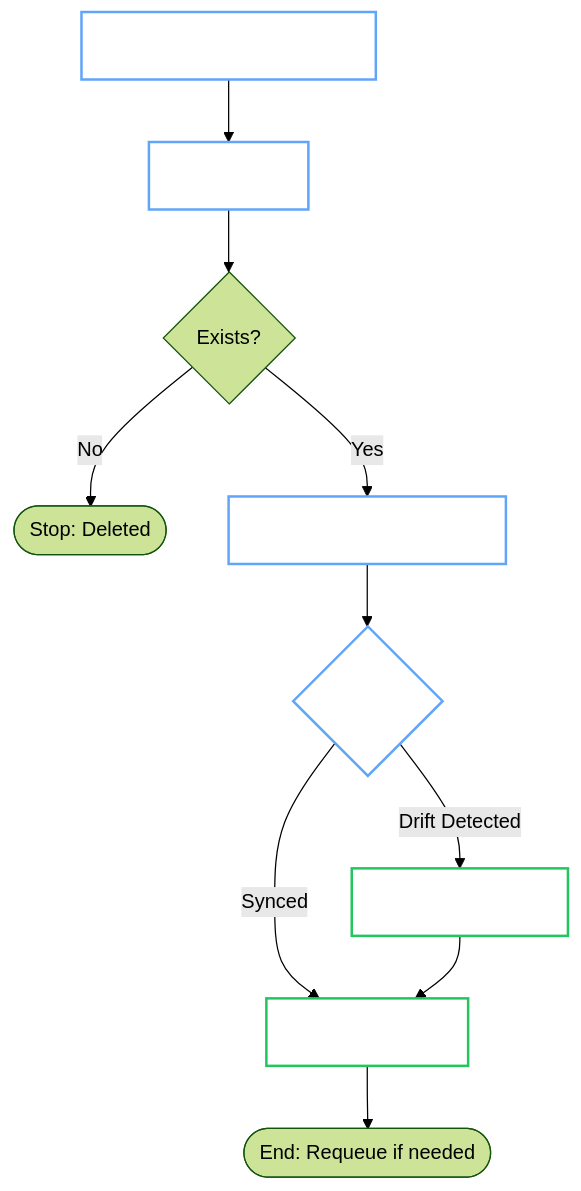
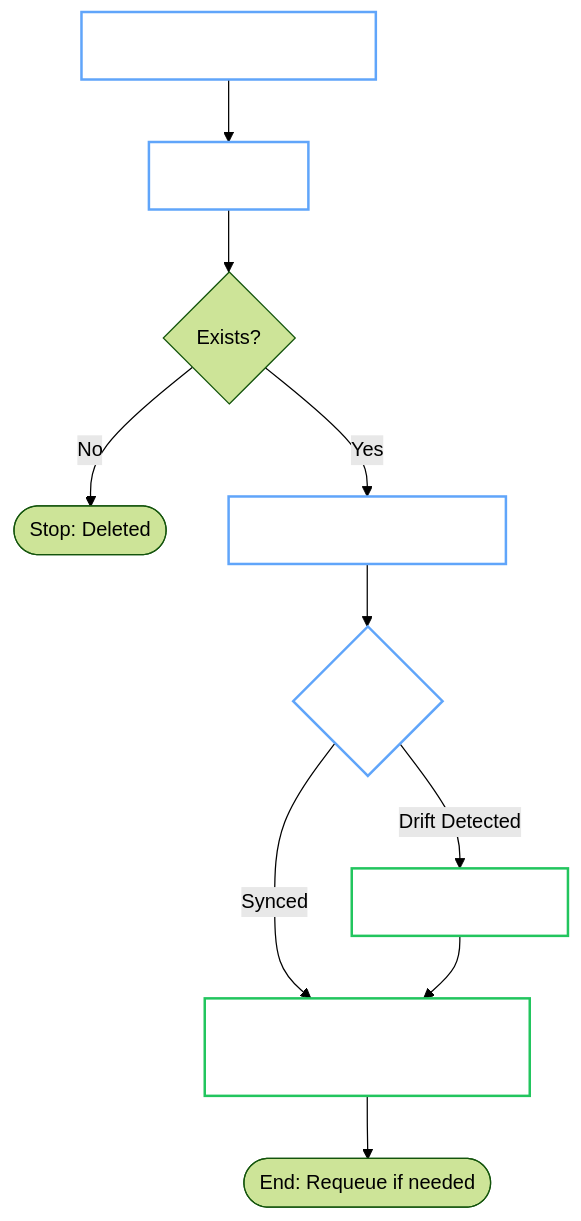
The diagram in docs/contributing/standards/kubernetes-patterns.md (dc-tec/openbao-operator), drawn with Mermaid (forest theme) before and after one commit. The commit also changed other lines of this file and 9 other files, not shown here.

````diff
--- a/docs/contributing/standards/kubernetes-patterns.md
+++ b/docs/contributing/standards/kubernetes-patterns.md
@@ -9,18 +9,18 @@
 ```mermaid
 graph TD
     Trigger[Trigger: Event or Interval] --> Fetch[Fetch CR]
     Fetch --> Check{Exists?}
     Check -- No --> Stop([Stop: Deleted])
     Check -- Yes --> Child[Fetch Child Resources]
     Child --> Diff{Diff State}
     Diff -- "Drift Detected" --> Act[Create / Update]
-    Diff -- "Synced" --> Status[Update Status]
+    Diff -- "Synced" --> Status["Patch Status (via helper/facade)"]
     Act --> Status
     Status --> End([End: Requeue if needed])
 
     classDef write fill:transparent,stroke:#22c55e,stroke-width:2px,color:#fff;
     classDef read fill:transparent,stroke:#60a5fa,stroke-width:2px,color:#fff;
     
     class Act,Status write;
     class Trigger,Fetch,Child,Diff read;
 ```
````
